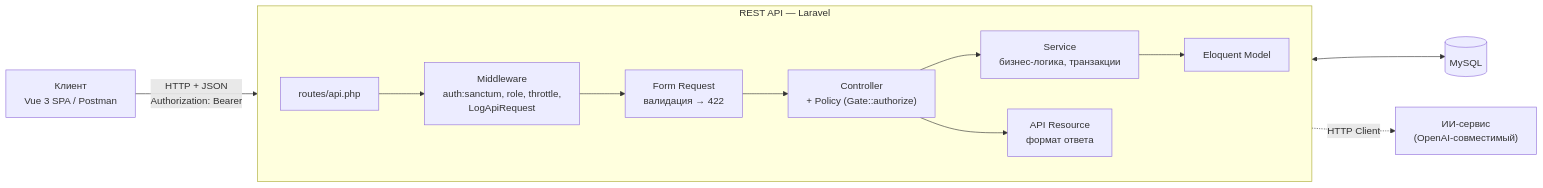
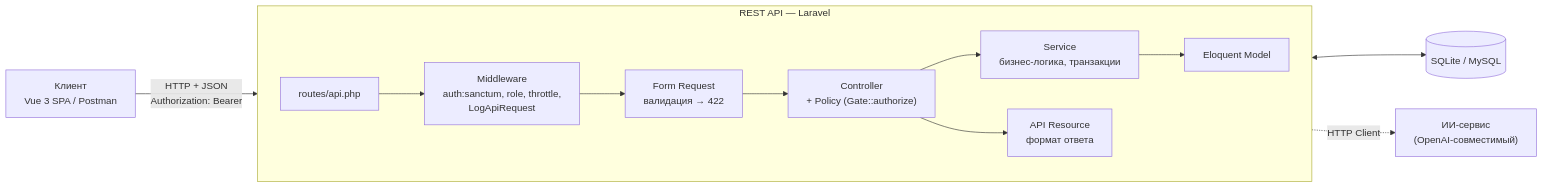
One commit to krivoruchkodaniel16-png/flower-shop-api changed the second of 2 diagrams in docs/01-technical-spec.md. Above: the diagram before and after it, drawn with Mermaid. The commit also changed other lines of this file and 3 other files, not shown here.

First line of the commit message:
База данных SQLite по умолчанию: запуск без Laragon и MySQL

````diff
--- a/docs/01-technical-spec.md
+++ b/docs/01-technical-spec.md
@@ -121,15 +121,15 @@
 ```mermaid
 flowchart LR
     client["Клиент<br/>Vue 3 SPA / Postman"] -- "HTTP + JSON<br/>Authorization: Bearer" --> api
     subgraph api["REST API — Laravel"]
         direction LR
         r["routes/api.php"] --> m["Middleware<br/>auth:sanctum, role, throttle,<br/>LogApiRequest"]
         m --> fr["Form Request<br/>валидация → 422"]
         fr --> c["Controller<br/>+ Policy (Gate::authorize)"]
         c --> s["Service<br/>бизнес-логика, транзакции"]
         s --> mdl["Eloquent Model"]
         c --> res["API Resource<br/>формат ответа"]
     end
-    mdl <--> db[("MySQL")]
+    mdl <--> db[("SQLite / MySQL")]
     s -. "HTTP Client" .-> ai["ИИ-сервис<br/>(OpenAI-совместимый)"]
 ```
````
